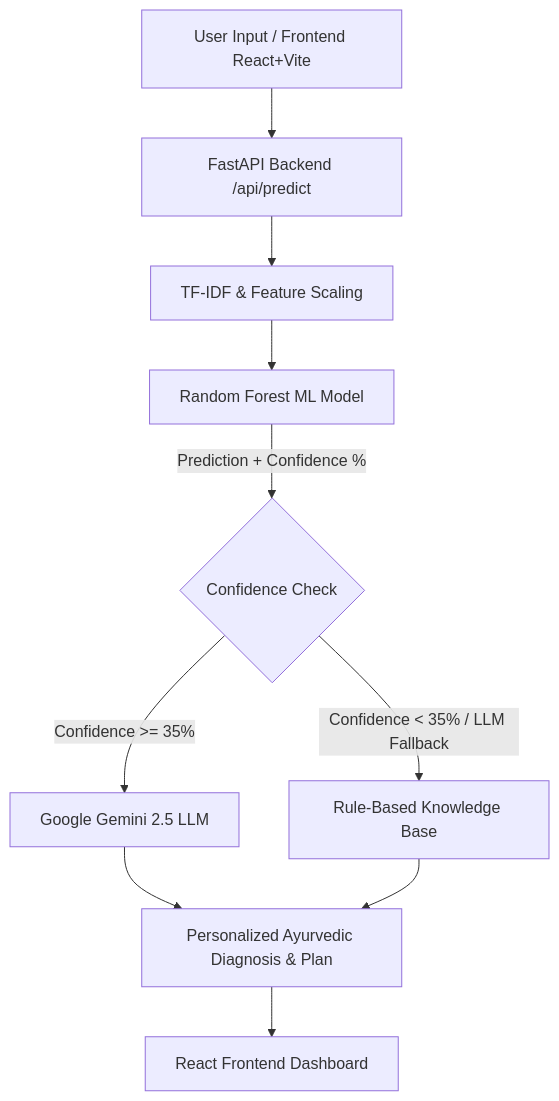
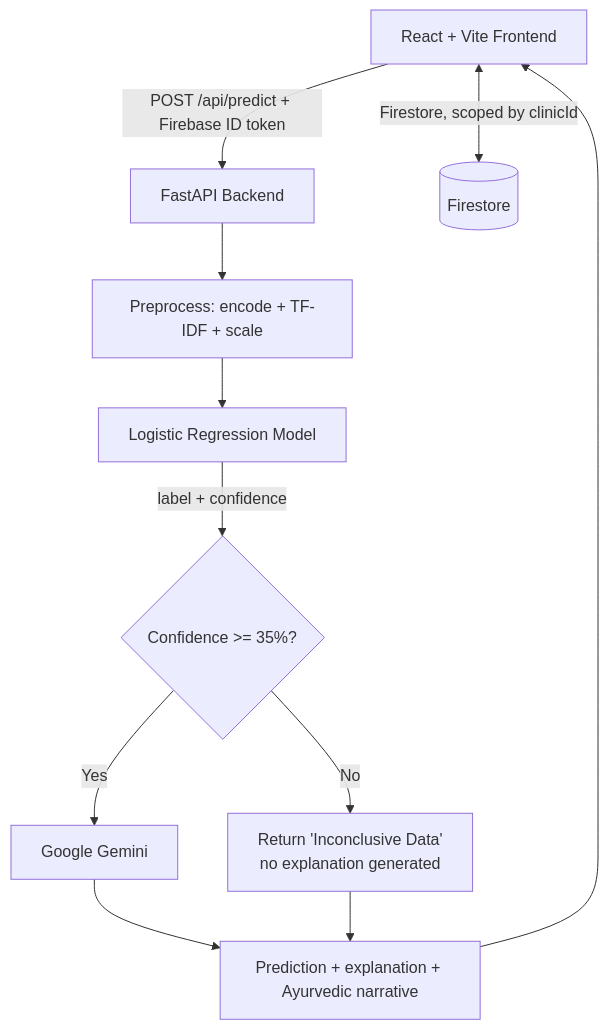
The diagram in DEMO_GUIDE.md (gohilnil/ArogyaAI-Clinical-Decision-Support), drawn with Mermaid before and after one commit. The commit also changed other lines of this file and 9 other files, not shown here.

````diff
--- a/DEMO_GUIDE.md
+++ b/DEMO_GUIDE.md
@@ -11,12 +20,13 @@
 ```mermaid
 graph TD
-    A[User Input / Frontend React+Vite] --> B[FastAPI Backend /api/predict]
-    B --> C[TF-IDF & Feature Scaling]
-    C --> D[Random Forest ML Model]
-    D -->|Prediction + Confidence %| E{Confidence Check}
-    E -->|Confidence >= 35%| F[Google Gemini 2.5 LLM]
-    E -->|Confidence < 35% / LLM Fallback| G[Rule-Based Knowledge Base]
-    F --> H[Personalized Ayurvedic Diagnosis & Plan]
+    A[React + Vite Frontend] -->|POST /api/predict + Firebase ID token| B[FastAPI Backend]
+    B --> C[Preprocess: encode + TF-IDF + scale]
+    C --> D[Logistic Regression Model]
+    D -->|label + confidence| E{Confidence >= 35%?}
+    E -->|Yes| F[Google Gemini]
+    E -->|No| G[Return 'Inconclusive Data'<br/>no explanation generated]
+    F --> H[Prediction + explanation + Ayurvedic narrative]
     G --> H
-    H --> I[React Frontend Dashboard]
+    H --> A
+    A <-->|Firestore, scoped by clinicId| I[(Firestore)]
 ```
````
